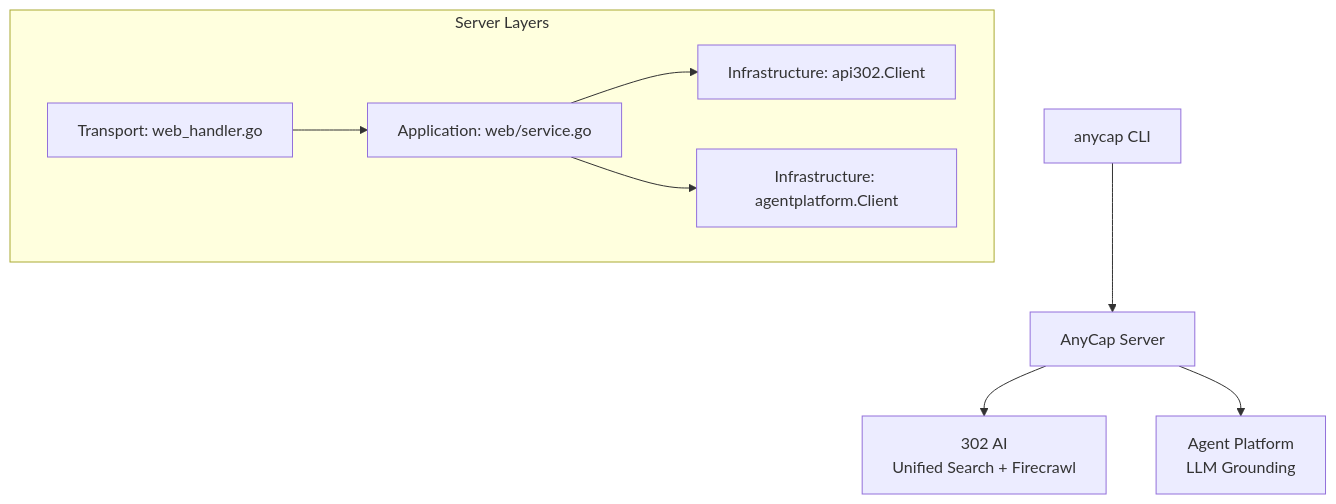
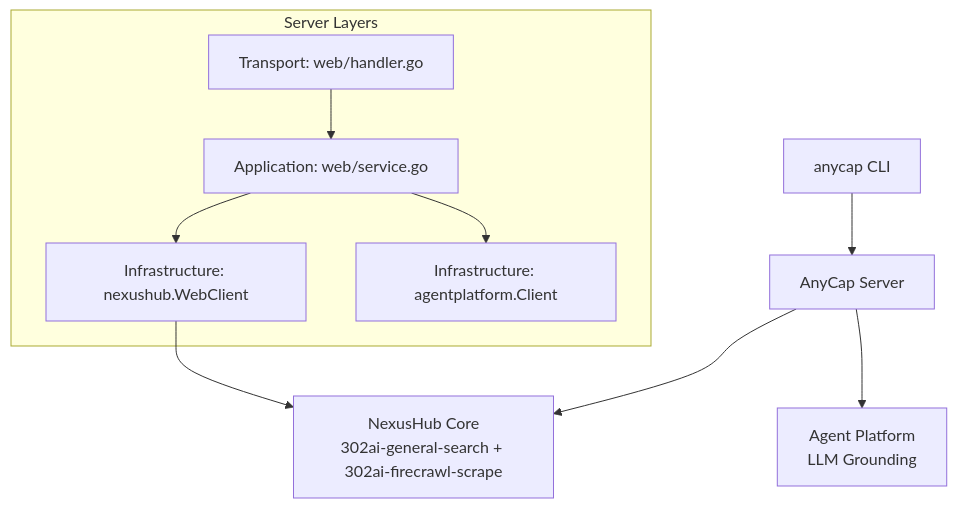
Before and after one commit to anycap-ai/anycap: the diagram in docs/plans/2026-04-03-web-search-crawl-design.md, drawn with Mermaid. The commit also changed other lines of this file and 13 other files, not shown here.

First line of the commit message:
refactor(web): route web search and crawl through NexusHub Core

````diff
--- a/docs/plans/2026-04-03-web-search-crawl-design.md
+++ b/docs/plans/2026-04-03-web-search-crawl-design.md
@@ -16,17 +16,18 @@
 ```mermaid
 graph TD
     CLI["anycap CLI"] --> Server["AnyCap Server"]
-    Server --> API302["302 AI<br/>Unified Search + Firecrawl"]
+    Server --> NexusHub["NexusHub Core<br/>302ai-general-search + 302ai-firecrawl-scrape"]
     Server --> AP["Agent Platform<br/>LLM Grounding"]
     
     subgraph "Server Layers"
-        Handler["Transport: web_handler.go"]
+        Handler["Transport: web/handler.go"]
         Service["Application: web/service.go"]
-        API302Client["Infrastructure: api302.Client"]
+        WebClient["Infrastructure: nexushub.WebClient"]
         APClient["Infrastructure: agentplatform.Client"]
     end
     
     Handler --> Service
-    Service --> API302Client
+    Service --> WebClient
     Service --> APClient
+    WebClient --> NexusHub
 ```
````
